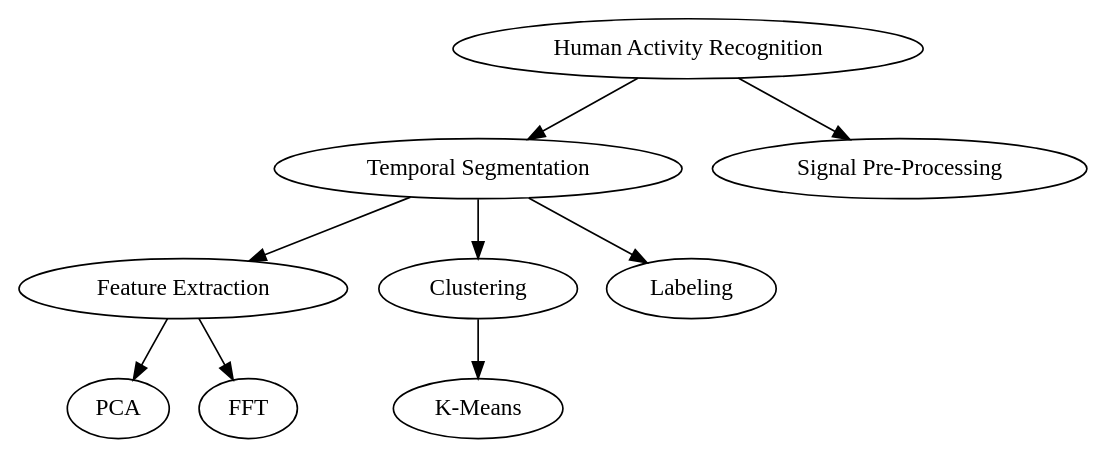
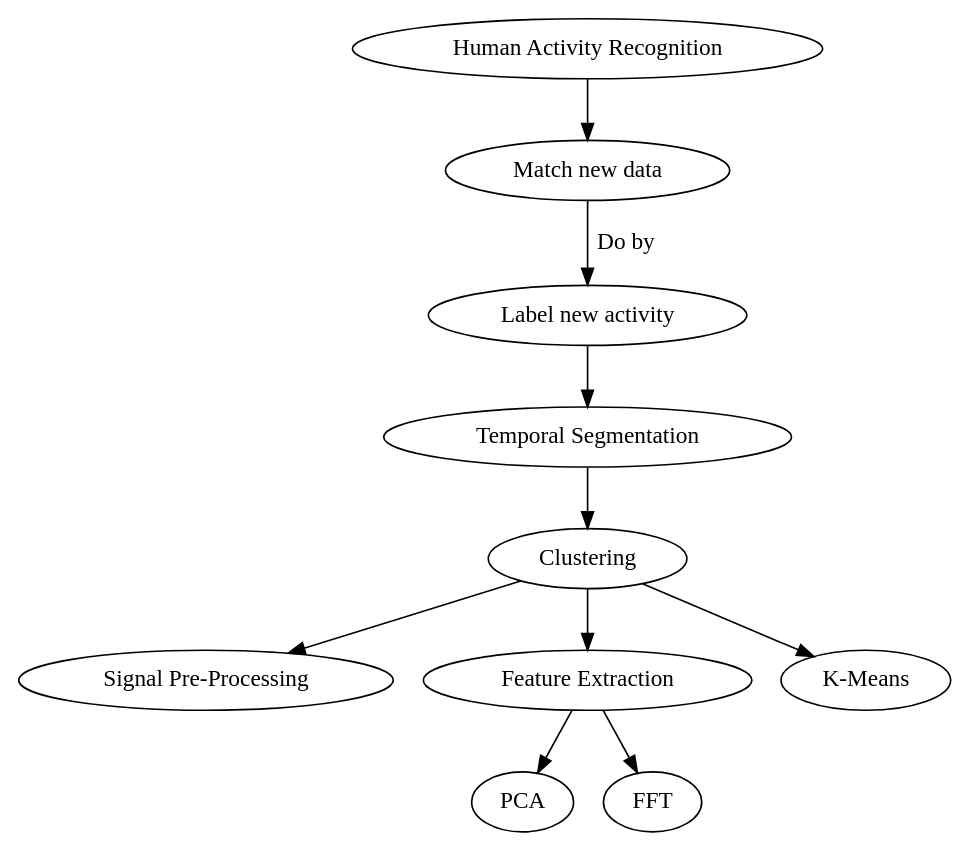
The diagram in Figures/graphs/thesis_goals.dot (rvlasveld/thesis), drawn with Graphviz before and after one commit. The commit also changed 4 other files, not shown here.

Commit message:
K-means graph

```diff
--- a/Figures/graphs/thesis_goals.dot
+++ b/Figures/graphs/thesis_goals.dot
@@ -1,10 +1,15 @@
 digraph G {
   main [label="Human Activity Recognition"]
-  main -> {TS; SPP }
   SPP [label = "Signal Pre-Processing"]
   TS [label="Temporal Segmentation"]
   FE [label="Feature Extraction"]
-  TS -> {Clustering; Labeling; FE}
+  Match [label = "Match new data"]
+  Labeling [label = "Label new activity"]
+
+  main -> Match
+  Match -> Labeling [label = " Do by"]
+  Labeling -> TS -> Clustering -> {SPP; FE}
+
   Clustering -> {"K-Means"}
   FE -> {PCA; FFT}
 }
```
